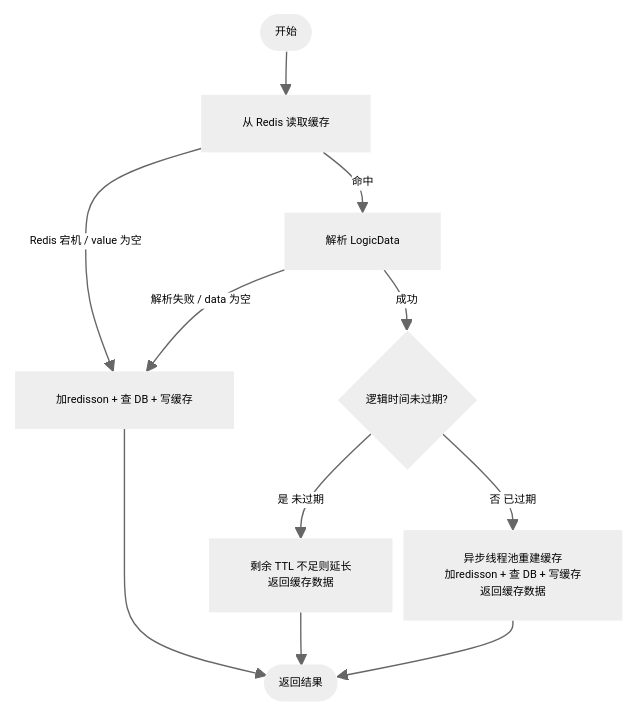
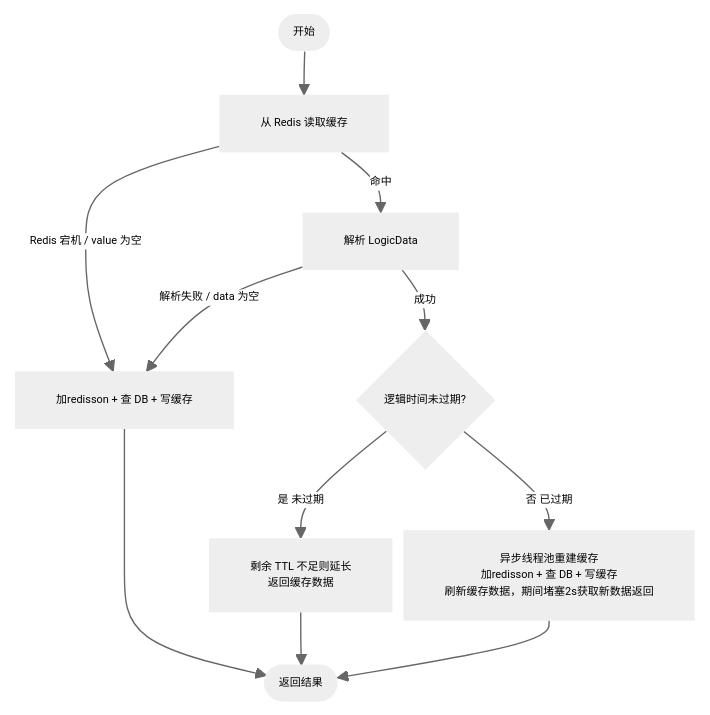
Before and after one commit to 1reaikeyi/flowerpayment-ai: the first of 6 diagrams in README.md, drawn with Mermaid. The commit also changed other lines of this file, not shown here.

Commit message:
更新 README.md，修改逻辑缓存表示不清楚

````diff
--- a/README.md
+++ b/README.md
@@ -183,14 +183,14 @@
 ```mermaid
 %%{init: {'theme':'neutral','themeVariables':{'fontSize':'8px','nodeBorder':'2px'},'flowchart':{'nodeSpacing':8,'rankSpacing':32,'useMaxWidth':false,'curve':'basis'}}}%%
 flowchart TD
     S([开始]) --> A[从 Redis 读取缓存]
     A -->|Redis 宕机 / value 为空| B[加redisson + 查 DB + 写缓存]
     A -->|命中| C[解析 LogicData]
     C -->|解析失败 / data 为空| B
     C -->|成功| D{逻辑时间未过期?}
     D -->|是 未过期| E[剩余 TTL 不足则延长<br/>返回缓存数据]
-    D -->|否 已过期| F[异步线程池重建缓存<br/>加redisson + 查 DB + 写缓存<br/>返回缓存数据]
+    D -->|否 已过期| F[异步线程池重建缓存<br/>加redisson + 查 DB + 写缓存<br/>刷新缓存数据，期间堵塞2s获取新数据返回]
     B --> R([返回结果])
     E --> R
     F --> R
 ```
````
